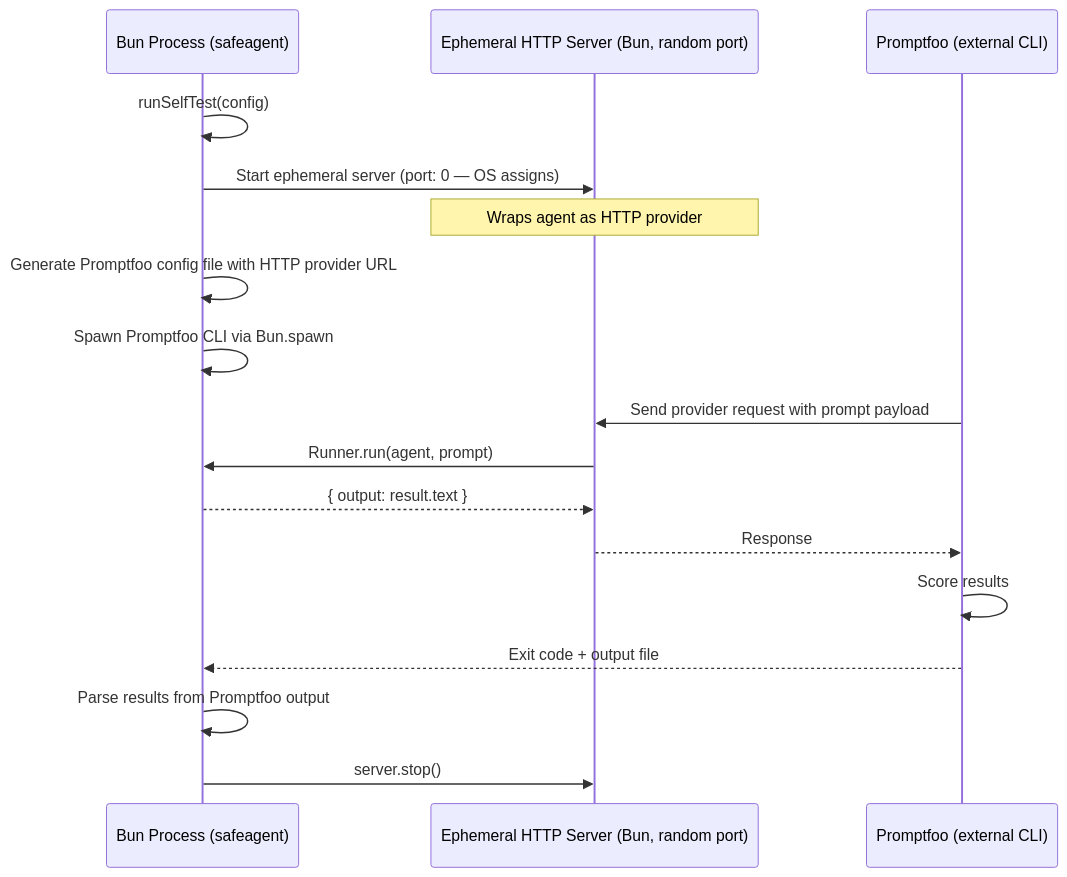
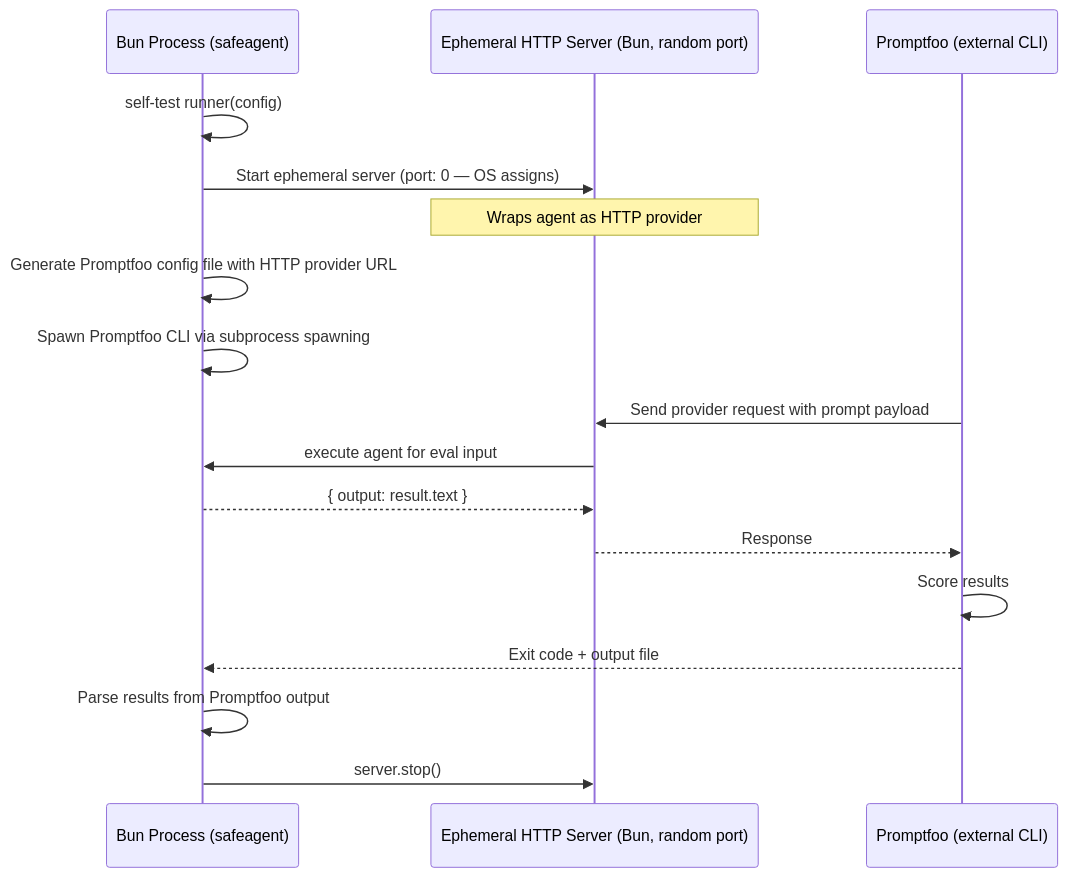
One commit to 1qh/safeagent changed diagram 14 of 14 in plan/14-observability.md. Above: the diagram before and after it, drawn with Mermaid. The commit also changed other lines of this file and 18 other files, not shown here.

````diff
--- a/plan/14-observability.md
+++ b/plan/14-observability.md
@@ -580,19 +580,19 @@
 ```mermaid
 sequenceDiagram
     participant BUN as Bun Process (safeagent)
     participant HTTP as Ephemeral HTTP Server (Bun, random port)
     participant PF as Promptfoo (external CLI)
-    BUN->>BUN: runSelfTest(config)
+    BUN->>BUN: self-test runner(config)
     BUN->>HTTP: Start ephemeral server (port: 0 — OS assigns)
     Note over HTTP: Wraps agent as HTTP provider
     BUN->>BUN: Generate Promptfoo config file with HTTP provider URL
-    BUN->>BUN: Spawn Promptfoo CLI via Bun.spawn
+    BUN->>BUN: Spawn Promptfoo CLI via subprocess spawning
     PF->>HTTP: Send provider request with prompt payload
-    HTTP->>BUN: Runner.run(agent, prompt)
+    HTTP->>BUN: execute agent for eval input
     BUN-->>HTTP: { output: result.text }
     HTTP-->>PF: Response
     PF->>PF: Score results
     PF-->>BUN: Exit code + output file
     BUN->>BUN: Parse results from Promptfoo output
     BUN->>HTTP: server.stop()
 ```
````
